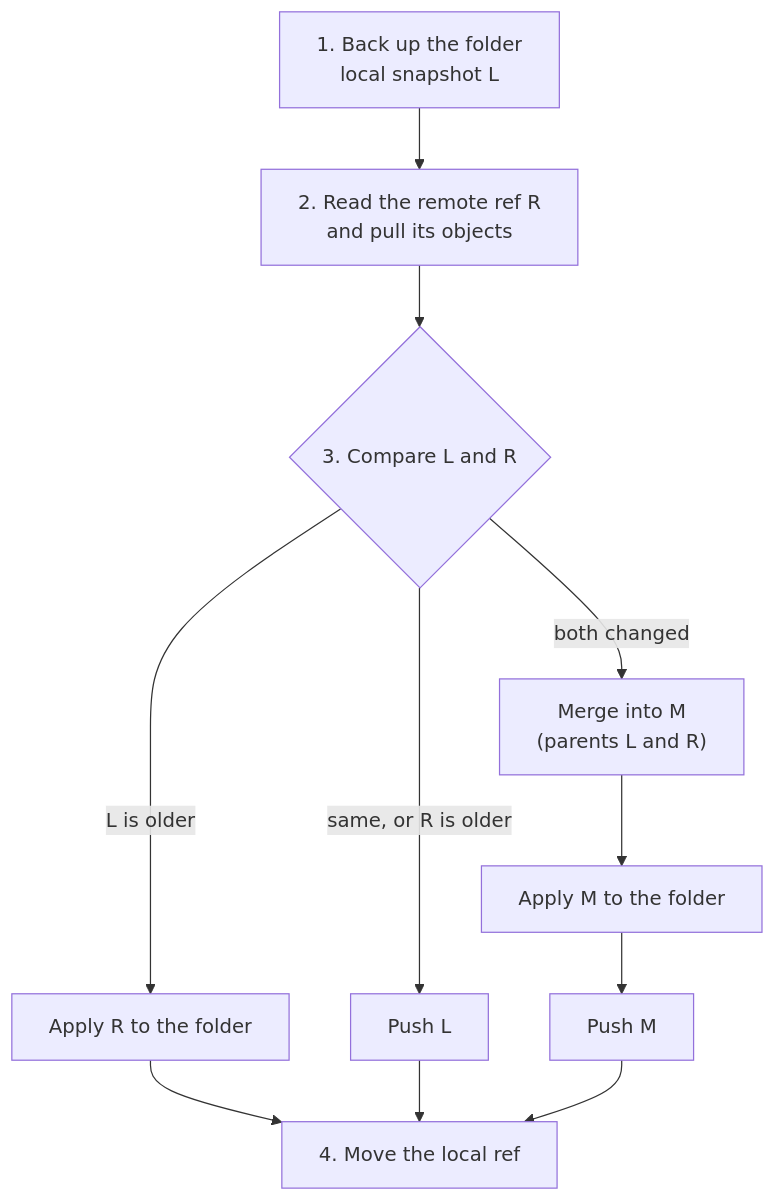
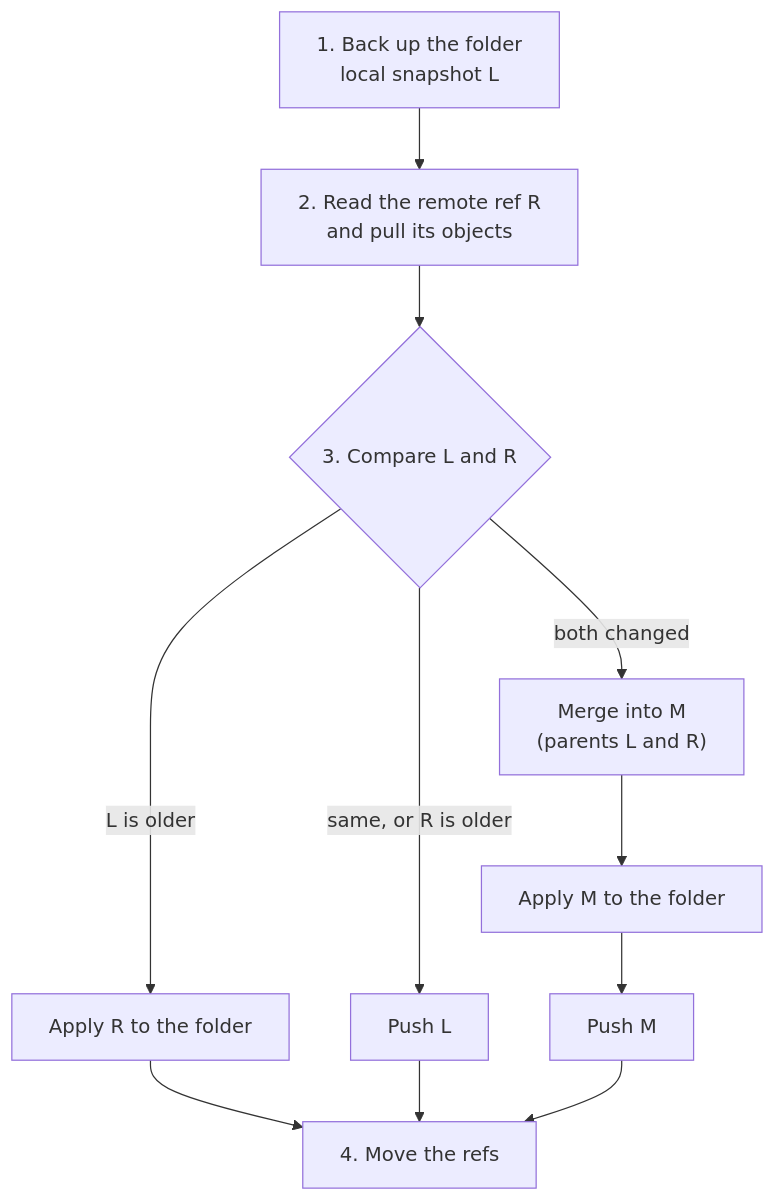
The diagram in docs/SYNC.md (efe-clk/apeiron), drawn with Mermaid before and after one commit. The commit also changed other lines of this file and 31 other files, not shown here.

````diff
--- a/docs/SYNC.md
+++ b/docs/SYNC.md
@@ -32,12 +32,12 @@
 ```mermaid
 flowchart TB
     S["1. Back up the folder<br/>local snapshot L"] --> P["2. Read the remote ref R<br/>and pull its objects"]
     P --> C{"3. Compare L and R"}
     C -- "same, or R is older" --> PU["Push L"]
     C -- "L is older" --> AP["Apply R to the folder"]
     C -- "both changed" --> M["Merge into M<br/>(parents L and R)"]
     M --> AM["Apply M to the folder"] --> PM["Push M"]
-    AP --> D["4. Move the local ref"]
+    AP --> D["4. Move the refs"]
     PU --> D
     PM --> D
 ```
````
